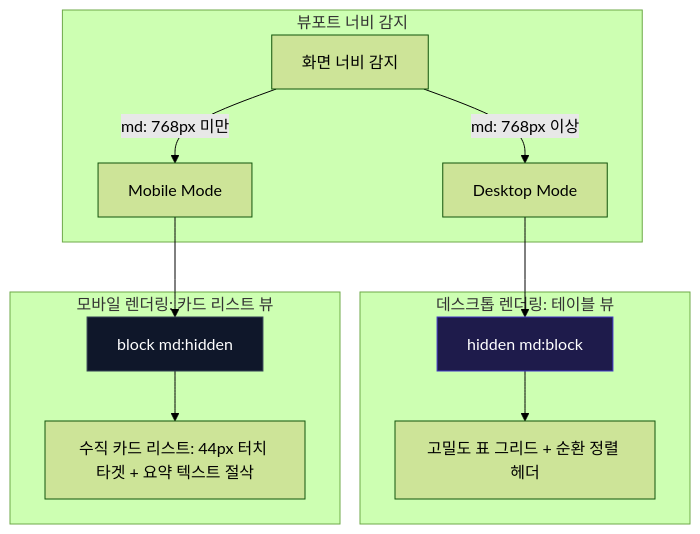
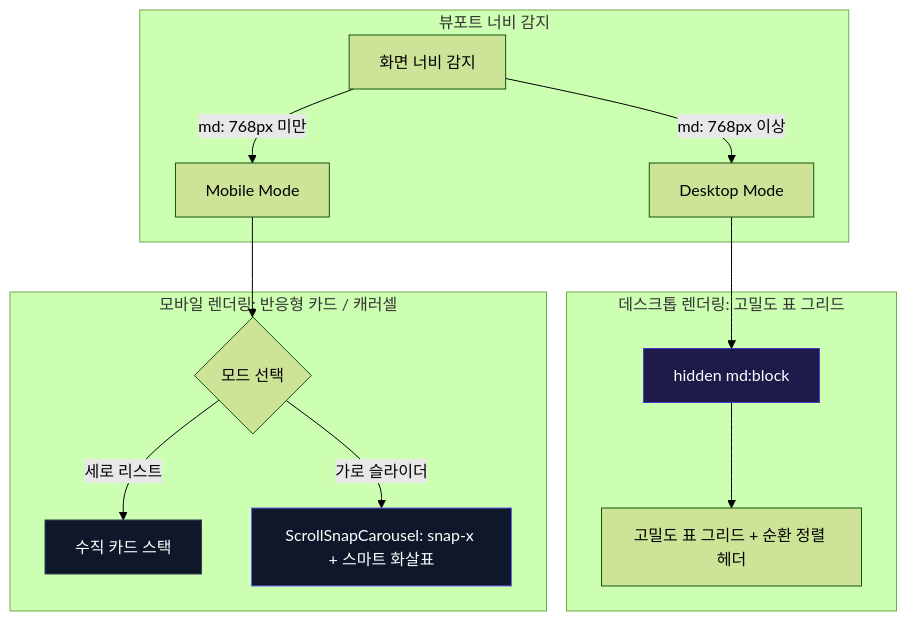
One commit to jkoogit/purePDFrend changed the second of 2 diagrams in docs/03.정책/03-14_모바일반응형_카드전환_및_가로스크롤_원천방지_디자인가이드.md. Above: the diagram before and after it, drawn with Mermaid (forest theme). The commit also changed other lines of this file and 77 other files, not shown here.

````diff
--- a/docs/03.정책/03-14_모바일반응형_카드전환_및_가로스크롤_원천방지_디자인가이드.md
+++ b/docs/03.정책/03-14_모바일반응형_카드전환_및_가로스크롤_원천방지_디자인가이드.md
@@ -73,20 +140,22 @@
 ```mermaid
 graph TD
     subgraph Viewport_Detection[뷰포트 너비 감지]
         V[화면 너비 감지] -->|md: 768px 이상| D[Desktop Mode]
         V -->|md: 768px 미만| M[Mobile Mode]
     end
 
-    subgraph Desktop_Mode[데스크톱 렌더링: 테이블 뷰]
+    subgraph Desktop_Mode[데스크톱 렌더링: 고밀도 표 그리드]
         D --> D_Table[hidden md:block]
         D_Table --> D_Columns[고밀도 표 그리드 + 순환 정렬 헤더]
     end
 
-    subgraph Mobile_Mode[모바일 렌더링: 카드 리스트 뷰]
-        M --> M_Cards[block md:hidden]
-        M_Cards --> M_CardItems[수직 카드 리스트: 44px 터치 타겟 + 요약 텍스트 절삭]
+    subgraph Mobile_Mode[모바일 렌더링: 반응형 카드 / 캐러셀]
+        M --> M_Choice{모드 선택}
+        M_Choice -->|세로 리스트| M_Cards[수직 카드 스택]
+        M_Choice -->|가로 슬라이더| M_Carousel[ScrollSnapCarousel: snap-x + 스마트 화살표]
     end
 
     style D_Table fill:#1e1b4b,stroke:#4338ca,color:#ffffff
+    style M_Carousel fill:#0f172a,stroke:#6366f1,color:#ffffff
     style M_Cards fill:#0f172a,stroke:#334155,color:#ffffff
 ```
````
